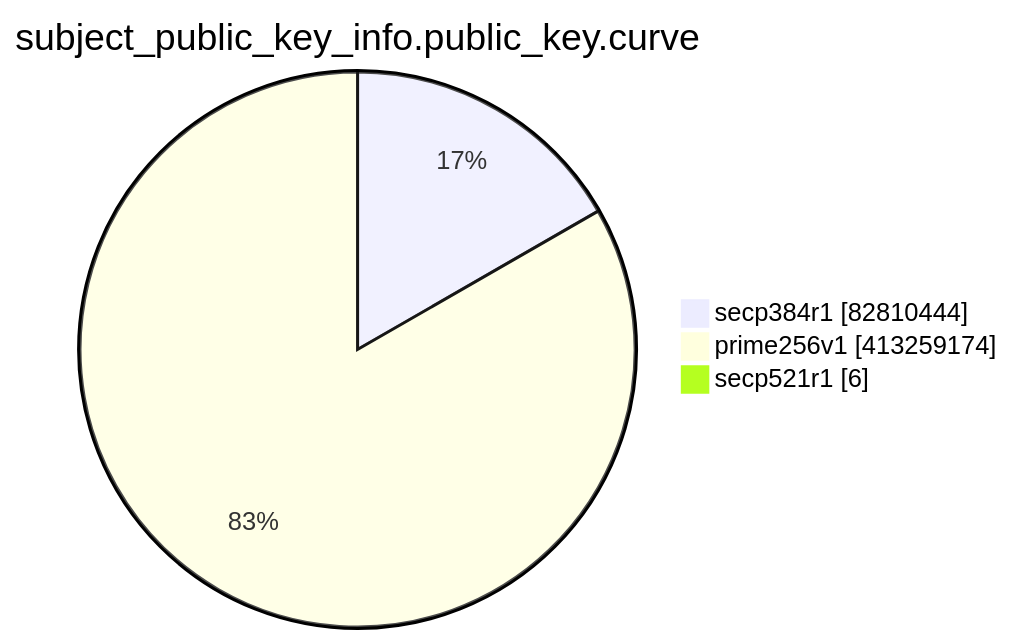
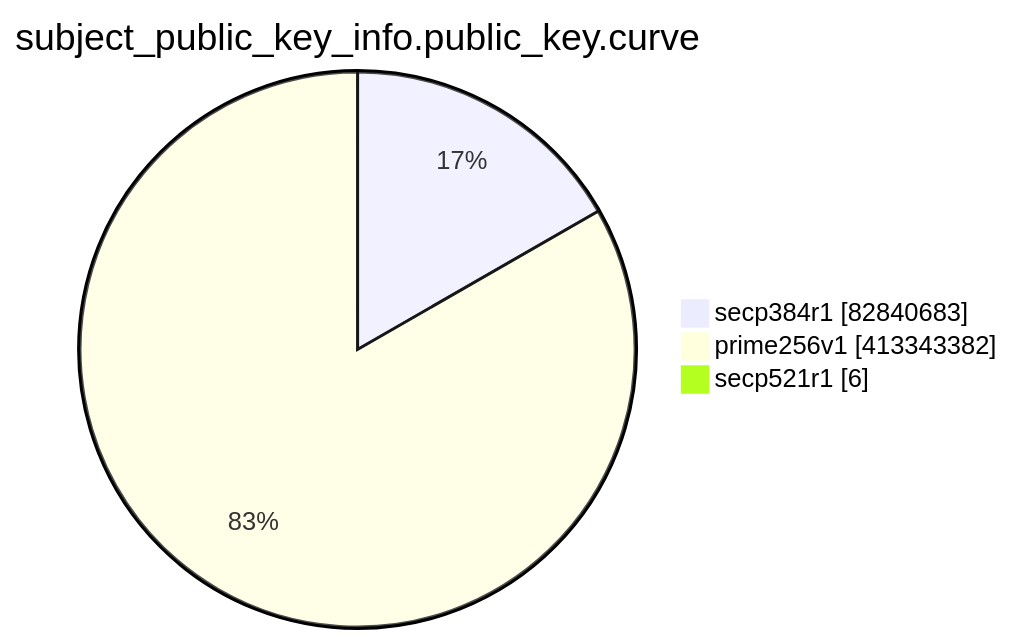
One commit to christiankrug/ctmonitor_visualization changed the eighth of 15 diagrams in TOTAL/README.md. Above: the diagram before and after it, drawn with Mermaid. The commit also changed other lines of this file, not shown here.

````diff
--- a/TOTAL/README.md
+++ b/TOTAL/README.md
@@ -3098,7 +3098,7 @@
 ```mermaid
 pie showData
 title subject_public_key_info.public_key.curve
-"secp384r1" :82810444
-"prime256v1" :413259174
+"secp384r1" :82840683
+"prime256v1" :413343382
 "secp521r1" :6
 ```
````
